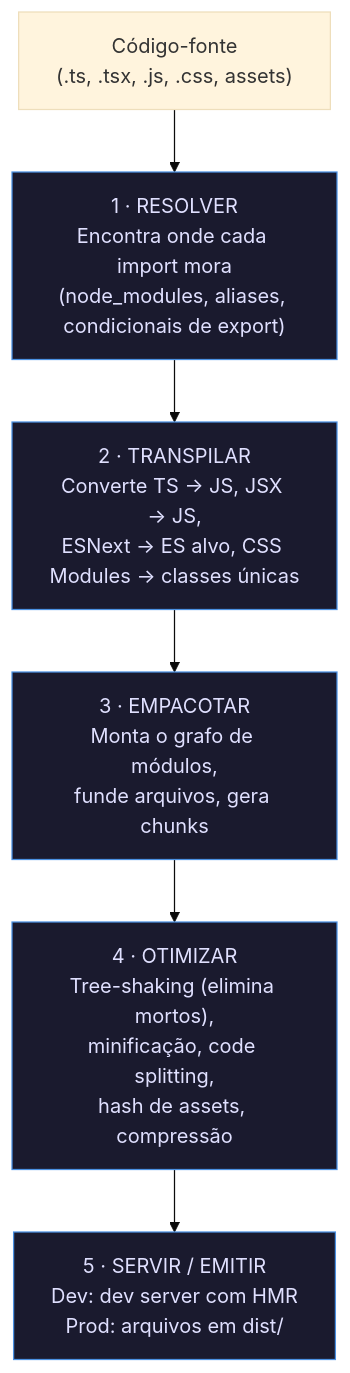
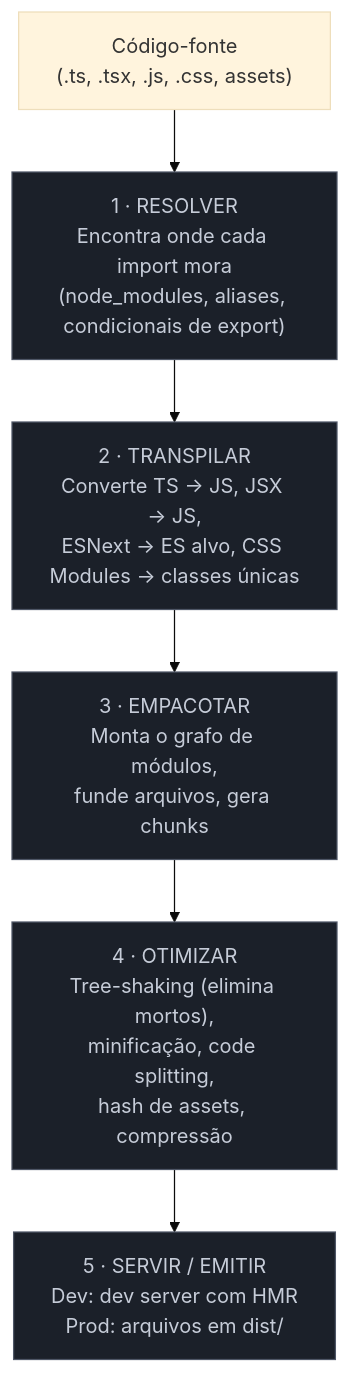
The second of 5 diagrams in 03-Dominios/Tecnologia/Tooling e Build/01 - Por que tooling e build existem.md (josenaldo/codex-technomanticus), drawn with Mermaid (base theme) before and after one commit. The commit also changed other lines of this file and 1181 other files, not shown here.

First line of the commit message:
fix(diagramas): paleta do sistema no lugar de cor cravada no markdown

````diff
--- a/03-Dominios/Tecnologia/Tooling e Build/01 - Por que tooling e build existem.md
+++ b/03-Dominios/Tecnologia/Tooling e Build/01 - Por que tooling e build existem.md
@@ -84,22 +84,23 @@
 ```mermaid
 flowchart TD
+    classDef neutro fill:#1B2029,stroke:#4E5666,color:#C6CCD8
     SRC["Código-fonte\n(.ts, .tsx, .js, .css, assets)"]
 
     RESOLVE["1 · RESOLVER\nEncontra onde cada import mora\n(node_modules, aliases, condicionais de export)"]
 
     TRANSPILE["2 · TRANSPILAR\nConverte TS → JS, JSX → JS,\nESNext → ES alvo, CSS Modules → classes únicas"]
 
     BUNDLE["3 · EMPACOTAR\nMonta o grafo de módulos,\nfunde arquivos, gera chunks"]
 
     OPTIMIZE["4 · OTIMIZAR\nTree-shaking (elimina mortos),\nminificação, code splitting,\nhash de assets, compressão"]
 
     SERVE["5 · SERVIR / EMITIR\nDev: dev server com HMR\nProd: arquivos em dist/"]
 
     SRC --> RESOLVE --> TRANSPILE --> BUNDLE --> OPTIMIZE --> SERVE
 
-    style RESOLVE fill:#1a1a2e,stroke:#4a90e2,color:#e0e0ff
-    style TRANSPILE fill:#1a1a2e,stroke:#4a90e2,color:#e0e0ff
-    style BUNDLE fill:#1a1a2e,stroke:#4a90e2,color:#e0e0ff
-    style OPTIMIZE fill:#1a1a2e,stroke:#4a90e2,color:#e0e0ff
-    style SERVE fill:#1a1a2e,stroke:#4a90e2,color:#e0e0ff
+    class RESOLVE neutro
+    class TRANSPILE neutro
+    class BUNDLE neutro
+    class OPTIMIZE neutro
+    class SERVE neutro
 ```
````
